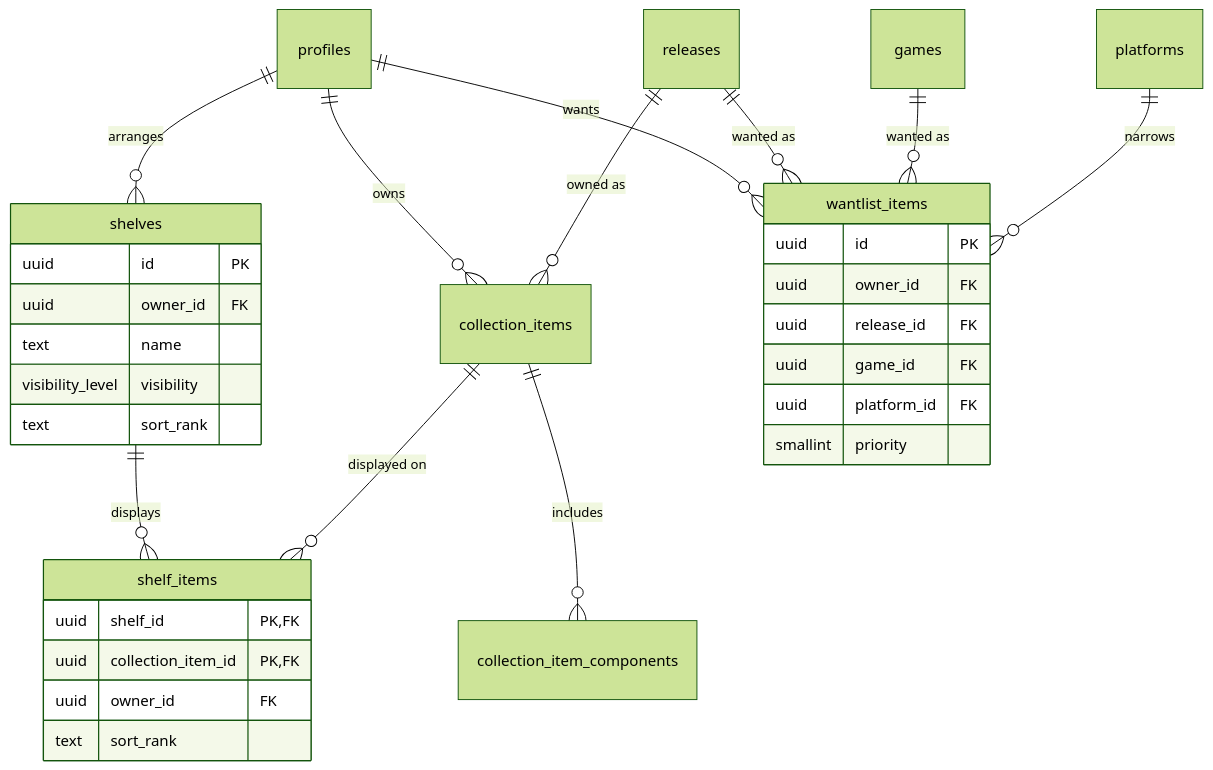
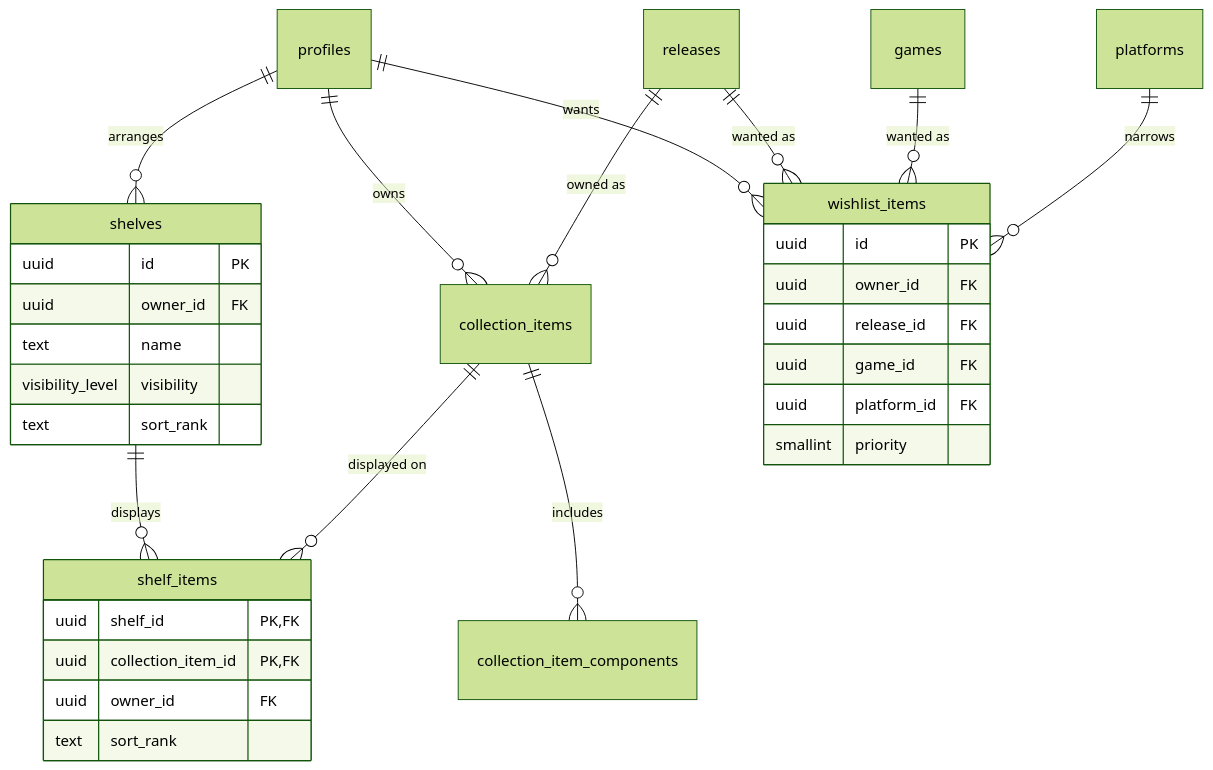
Before and after one commit to lesa0208/my-game-dex: the ninth of 14 diagrams in docs/architecture/relationships.md, drawn with Mermaid (forest theme). The commit also changed other lines of this file and 12 other files, not shown here.

````diff
--- a/docs/architecture/relationships.md
+++ b/docs/architecture/relationships.md
@@ -497,35 +498,35 @@
 ```mermaid
 erDiagram
   profiles ||--o{ collection_items : "owns"
   profiles ||--o{ shelves : "arranges"
-  profiles ||--o{ wantlist_items : "wants"
+  profiles ||--o{ wishlist_items : "wants"
   shelves ||--o{ shelf_items : "displays"
   collection_items ||--o{ shelf_items : "displayed on"
   collection_items ||--o{ collection_item_components : "includes"
   releases ||--o{ collection_items : "owned as"
-  releases ||--o{ wantlist_items : "wanted as"
-  games ||--o{ wantlist_items : "wanted as"
-  platforms ||--o{ wantlist_items : "narrows"
+  releases ||--o{ wishlist_items : "wanted as"
+  games ||--o{ wishlist_items : "wanted as"
+  platforms ||--o{ wishlist_items : "narrows"
 
   shelves {
     uuid id PK
     uuid owner_id FK
     text name
     visibility_level visibility
     text sort_rank
   }
   shelf_items {
     uuid shelf_id PK,FK
     uuid collection_item_id PK,FK
     uuid owner_id FK
     text sort_rank
   }
-  wantlist_items {
+  wishlist_items {
     uuid id PK
     uuid owner_id FK
     uuid release_id FK
     uuid game_id FK
     uuid platform_id FK
     smallint priority
   }
 ```
````
